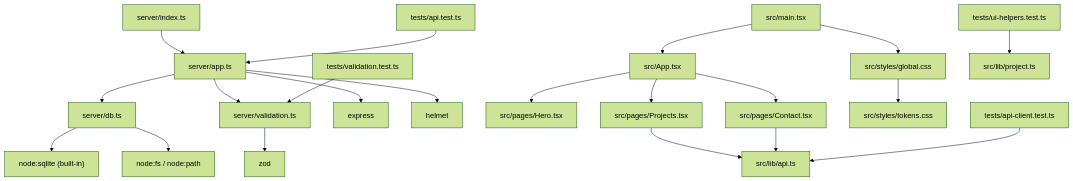
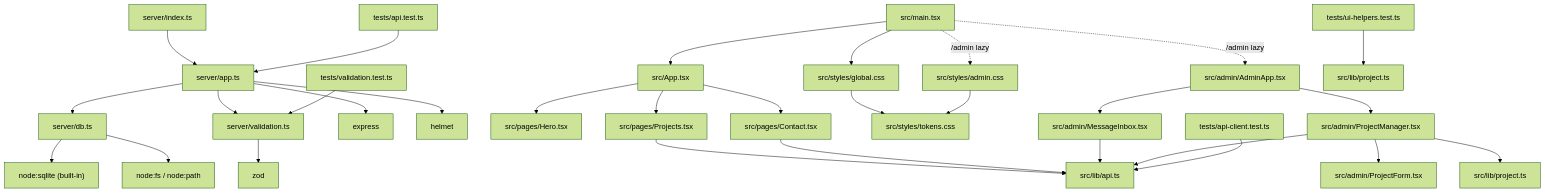
One commit to Farisandim379/Final-Project-AI-Bootcamp19 changed the fifth of 5 diagrams in portofolio-bootcamp19/ARCHITECTURE_NOTES.md. Above: the diagram before and after it, drawn with Mermaid (forest theme). The commit also changed other lines of this file and 15 other files, not shown here.

Commit message:
feat: add lazy /admin dashboard, CRUD & inbox APIs, tests, and sync documentation

````diff
--- a/portofolio-bootcamp19/ARCHITECTURE_NOTES.md
+++ b/portofolio-bootcamp19/ARCHITECTURE_NOTES.md
@@ -206,25 +227,35 @@
 ```mermaid
 flowchart TD
     IDX["server/index.ts"] --> APP["server/app.ts"]
     APP --> DB["server/db.ts"]
     APP --> VAL["server/validation.ts"]
     DB --> SQLITE["node:sqlite (built-in)"]
     DB --> FS["node:fs / node:path"]
     VAL --> ZOD["zod"]
     APP --> EX["express"]
     APP --> HEL["helmet"]
 
     MAIN["src/main.tsx"] --> APPX["src/App.tsx"]
     APPX --> HERO["src/pages/Hero.tsx"]
     APPX --> PROJ["src/pages/Projects.tsx"]
     APPX --> CONT["src/pages/Contact.tsx"]
     PROJ --> API["src/lib/api.ts"]
     CONT --> API
     MAIN --> CSS["src/styles/global.css"]
     CSS --> TOK["src/styles/tokens.css"]
 
-    T1["tests/validation.test.ts"] --> VAL
-    T2["tests/api.test.ts"] --> APP
-    T3["tests/ui-helpers.test.ts"] --> HELP["src/lib/project.ts"]
+        MAIN -.->|"/admin" lazy| ADMIN["src/admin/AdminApp.tsx"]
+        ADMIN --> INBOX["src/admin/MessageInbox.tsx"]
+        ADMIN --> PM["src/admin/ProjectManager.tsx"]
+        PM --> PF["src/admin/ProjectForm.tsx"]
+        INBOX --> API
+        PM --> API
+        PM --> PROJMOD["src/lib/project.ts"]
+        MAIN -.->|"/admin" lazy| ACSS["src/styles/admin.css"]
+        ACSS --> TOK
+
+        T1["tests/validation.test.ts"] --> VAL
+        T2["tests/api.test.ts"] --> APP
+        T3["tests/ui-helpers.test.ts"] --> HELP["src/lib/project.ts"]
         T4["tests/api-client.test.ts"] --> API
 ```
````
